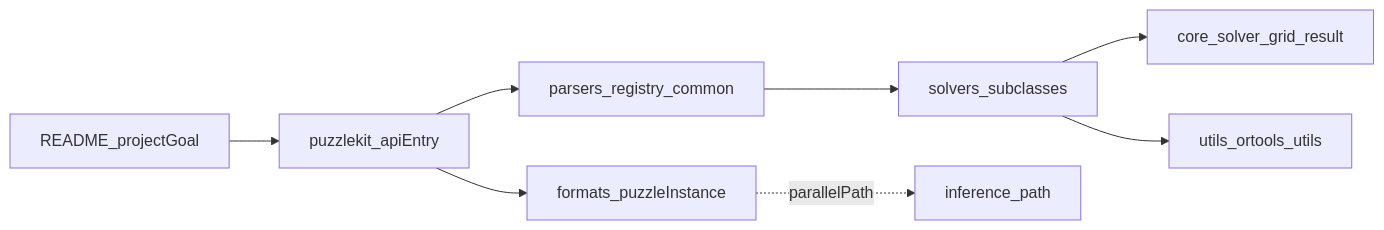
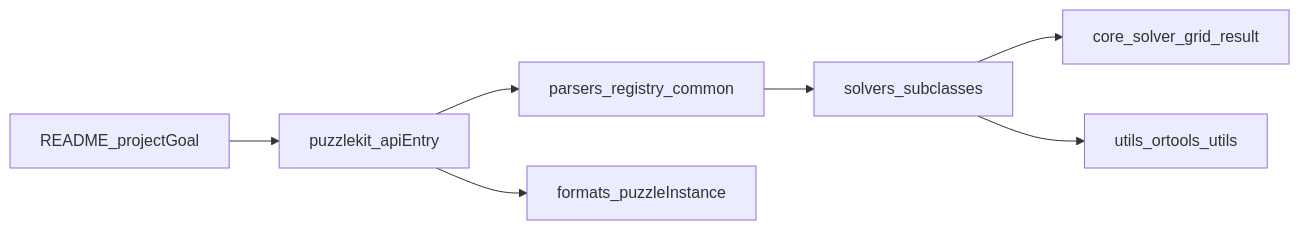
One commit to SmilingWayne/PuzzleSolver changed the diagram in docs/project_code_audit_cn.md. Above: the diagram before and after it, drawn with Mermaid. The commit also changed other lines of this file and 13 other files, not shown here.

````diff
--- a/docs/project_code_audit_cn.md
+++ b/docs/project_code_audit_cn.md
@@ -12,10 +12,9 @@
 ```mermaid
 flowchart LR
     readmeGoal[README_projectGoal] --> apiEntry[puzzlekit_apiEntry]
     apiEntry --> parserLayer[parsers_registry_common]
     apiEntry --> irLayer[formats_puzzleInstance]
     parserLayer --> solverLayer[solvers_subclasses]
     solverLayer --> coreLayer[core_solver_grid_result]
     solverLayer --> utilLayer[utils_ortools_utils]
-    irLayer -.parallelPath.-> inferLayer[inference_path]
 ```
````
